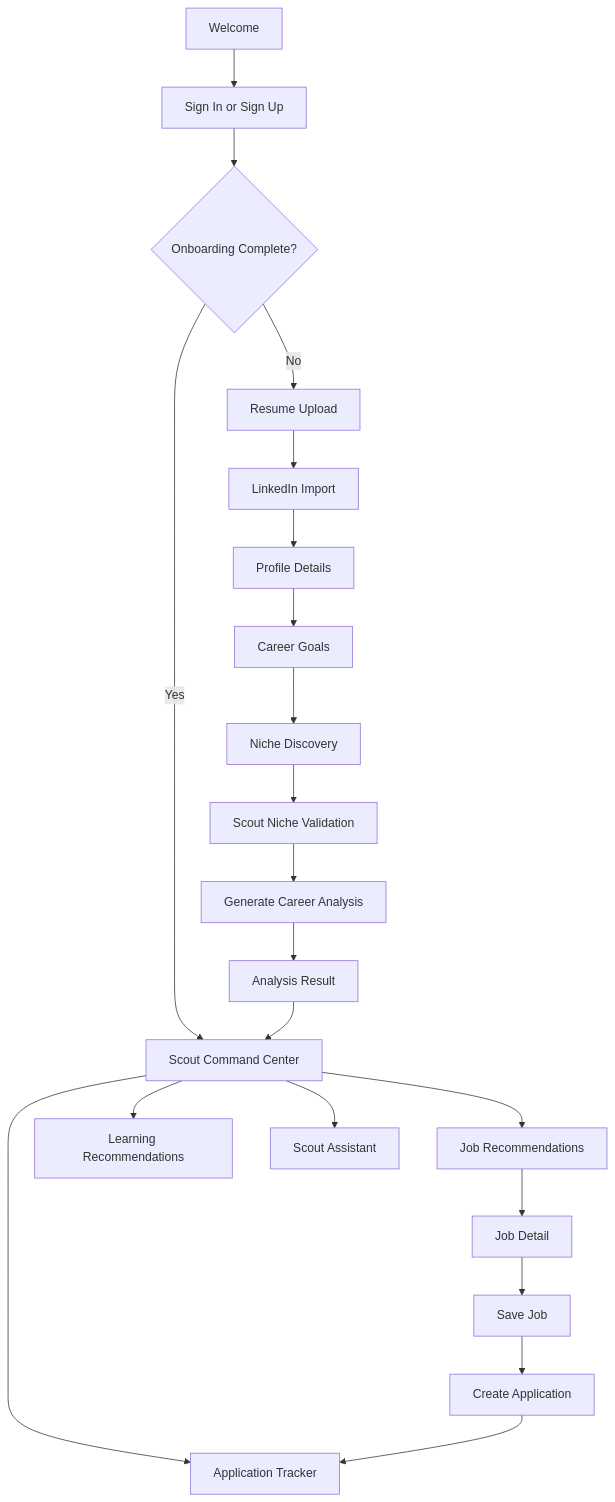
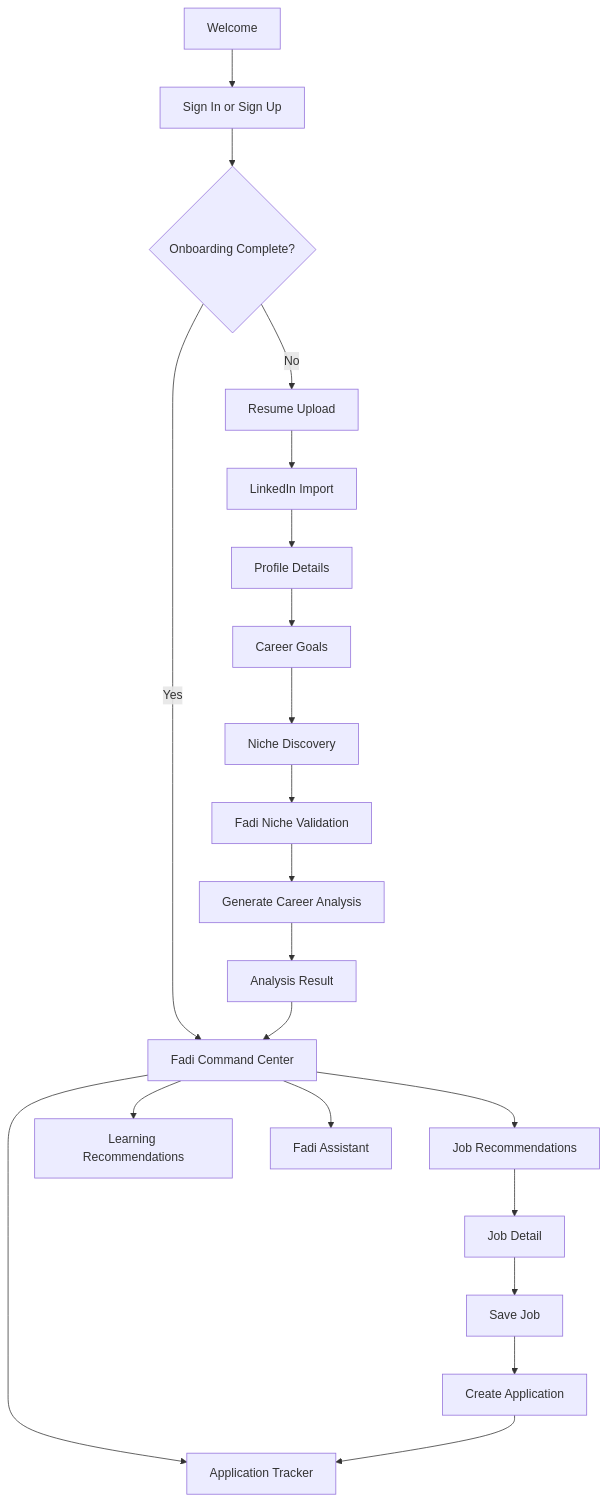
The diagram in docs/MVP_SCREEN_FLOW.md (Mirzzie/Fadi), drawn with Mermaid before and after one commit. The commit also changed other lines of this file and 158 other files, not shown here.

First line of the commit message:
refactor!: rename agent Scout→Fadi and brand CareerOS→FadiOS

````diff
--- a/docs/MVP_SCREEN_FLOW.md
+++ b/docs/MVP_SCREEN_FLOW.md
@@ -5,23 +5,23 @@
 ```mermaid
 flowchart TD
     Welcome[Welcome] --> Auth[Sign In or Sign Up]
     Auth --> Check{Onboarding Complete?}
     Check -->|No| Resume[Resume Upload]
-    Check -->|Yes| Dashboard[Scout Command Center]
+    Check -->|Yes| Dashboard[Fadi Command Center]
     Resume --> LinkedIn[LinkedIn Import]
     LinkedIn --> Profile[Profile Details]
     Profile --> Goals[Career Goals]
     Goals --> Niche[Niche Discovery]
-    Niche --> Validate[Scout Niche Validation]
+    Niche --> Validate[Fadi Niche Validation]
     Validate --> Generate[Generate Career Analysis]
     Generate --> Analysis[Analysis Result]
     Analysis --> Dashboard
     Dashboard --> Jobs[Job Recommendations]
     Dashboard --> Apps[Application Tracker]
     Dashboard --> Learning[Learning Recommendations]
-    Dashboard --> Assistant[Scout Assistant]
+    Dashboard --> Assistant[Fadi Assistant]
     Jobs --> JobDetail[Job Detail]
     JobDetail --> Save[Save Job]
     Save --> CreateApp[Create Application]
     CreateApp --> Apps
 ```
````
